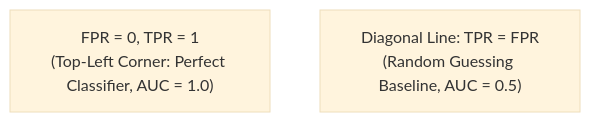
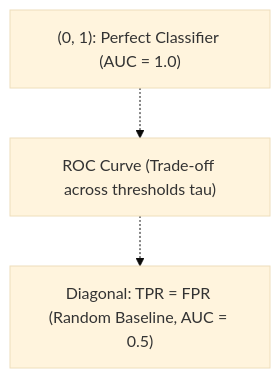
The diagram in docs/Exam-Prep/Machine-Learning/University-Question-Bank/01-part-a-questions.mdx (vettrivel-kl/vettrivel-kl.github.io), drawn with Mermaid (base theme) before and after one commit. The commit also changed other lines of this file and 1 other file, not shown here.

````diff
--- a/docs/Exam-Prep/Machine-Learning/University-Question-Bank/01-part-a-questions.mdx
+++ b/docs/Exam-Prep/Machine-Learning/University-Question-Bank/01-part-a-questions.mdx
@@ -107,5 +104,8 @@
 ```mermaid
 flowchart TD
-    A["FPR = 0, TPR = 1<br/>(Top-Left Corner: Perfect Classifier, AUC = 1.0)"]
-    B["Diagonal Line: TPR = FPR<br/>(Random Guessing Baseline, AUC = 0.5)"]
+    TOP["(0, 1): Perfect Classifier (AUC = 1.0)"]
+    MID["ROC Curve (Trade-off across thresholds tau)"]
+    BASE["Diagonal: TPR = FPR (Random Baseline, AUC = 0.5)"]
+    TOP -.-> MID
+    MID -.-> BASE
 ```
````
